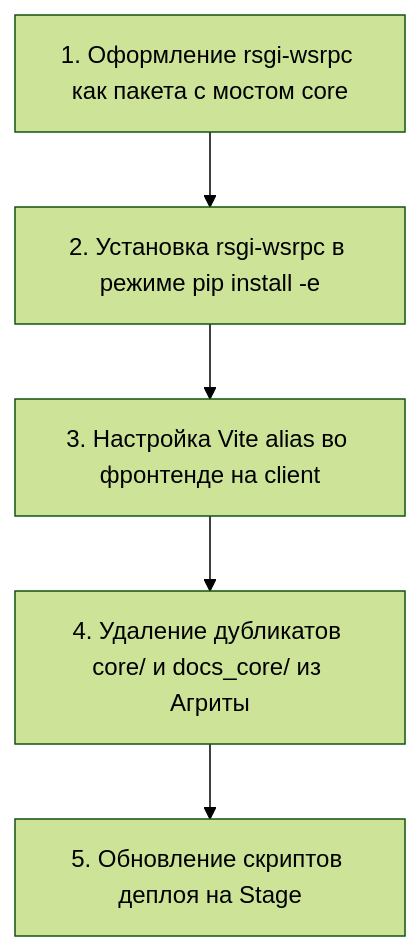
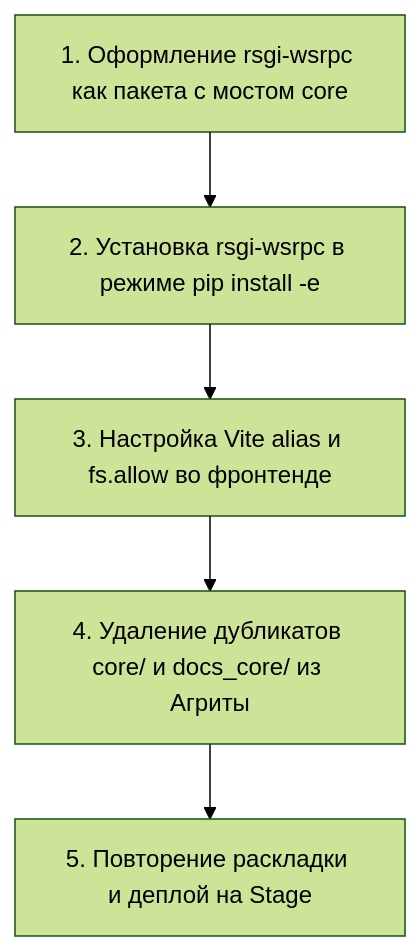
Before and after one commit to atitoff-dotcom/rsgi-wsrpc: the diagram in docs_ru/rfc/0004-multiproject-workspace-and-zero-duality.md, drawn with Mermaid (forest theme). The commit also changed other lines of this file and 1 other file, not shown here.

Commit message:
docs(rfc): expand RFC 0004 with User autonomy, Vite fs.allow, and Stage symmetry

````diff
--- a/docs_ru/rfc/0004-multiproject-workspace-and-zero-duality.md
+++ b/docs_ru/rfc/0004-multiproject-workspace-and-zero-duality.md
@@ -231,7 +334,7 @@
 ```mermaid
 graph TD
     Step1[1. Оформление rsgi-wsrpc как пакета с мостом core] --> Step2[2. Установка rsgi-wsrpc в режиме pip install -e]
-    Step2 --> Step3[3. Настройка Vite alias во фронтенде на client]
+    Step2 --> Step3[3. Настройка Vite alias и fs.allow во фронтенде]
     Step3 --> Step4[4. Удаление дубликатов core/ и docs_core/ из Агриты]
-    Step4 --> Step5[5. Обновление скриптов деплоя на Stage]
+    Step4 --> Step5[5. Повторение раскладки и деплой на Stage]
 ```
````
